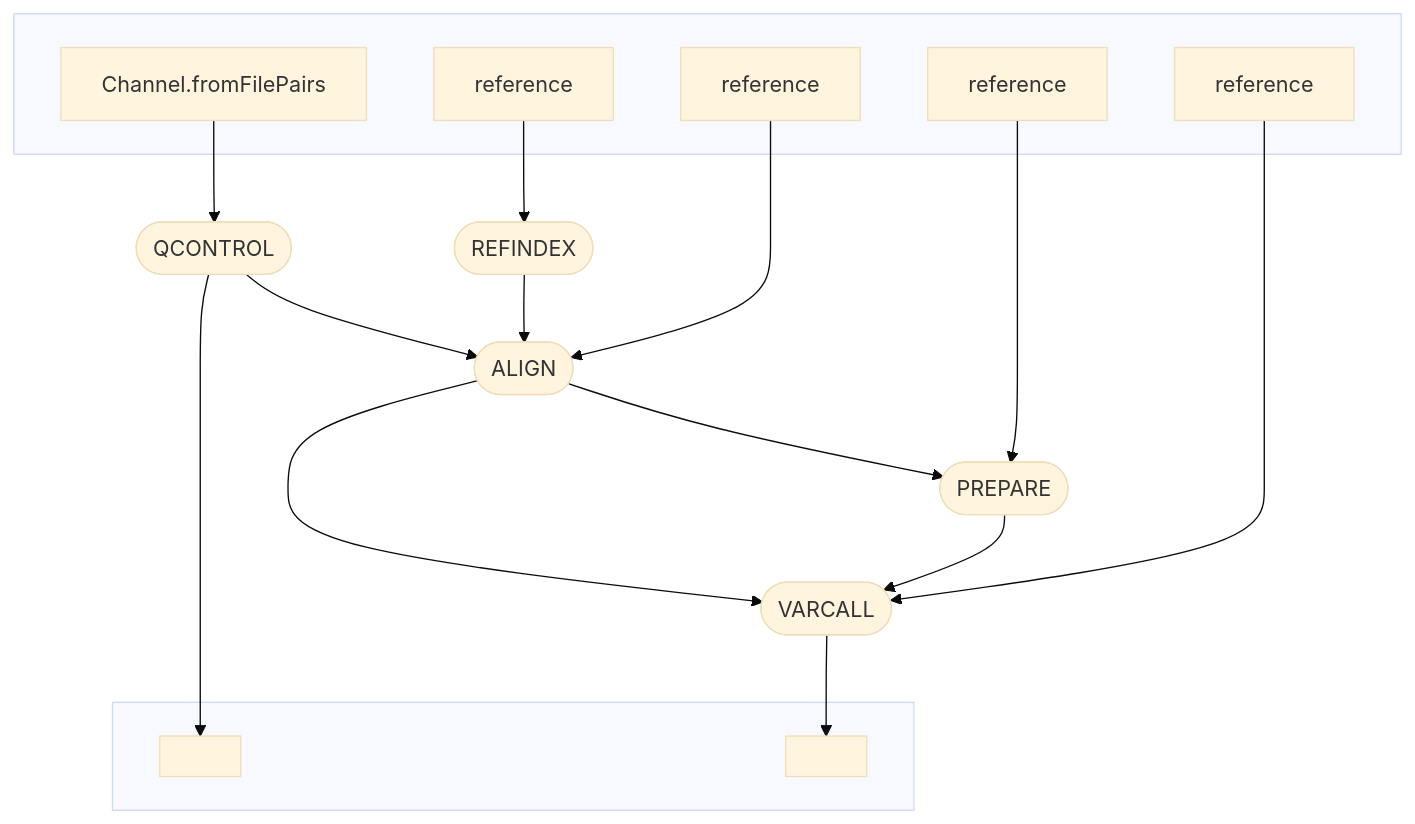
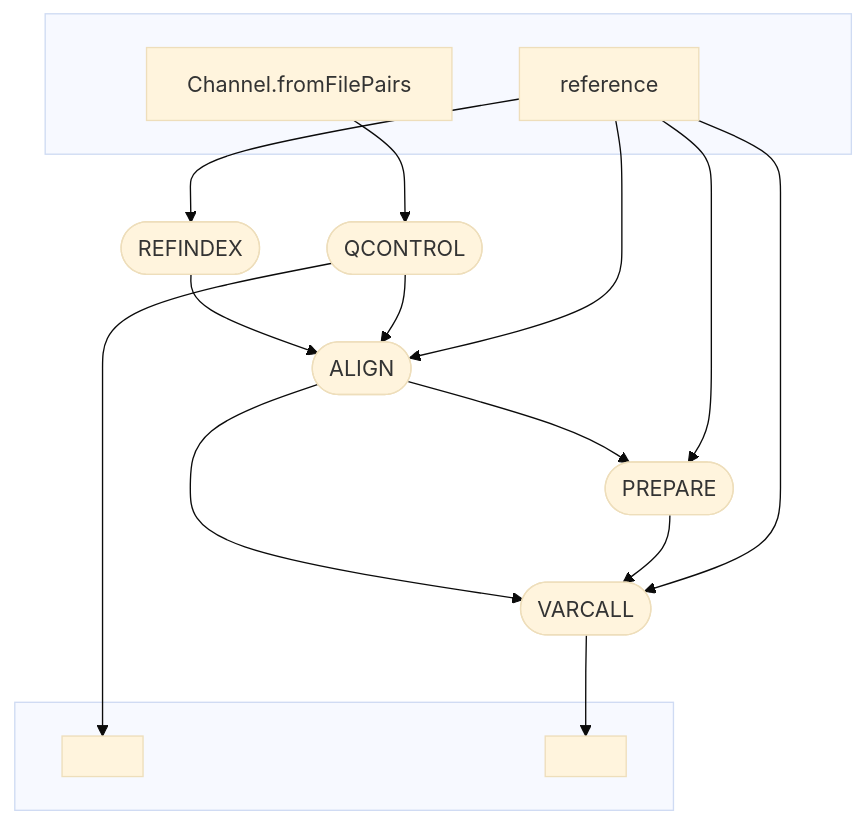
One commit to glebus-sasha/octopus_nf changed the diagram in README.md. Above: the diagram before and after it, drawn with Mermaid (base theme).

````diff
--- a/README.md
+++ b/README.md
@@ -5,31 +5,28 @@
 ```mermaid
 flowchart TB
     subgraph " "
     v0["Channel.fromFilePairs"]
     v1["reference"]
-    v5["reference"]
-    v7["reference"]
-    v9["reference"]
     end
     v2([REFINDEX])
     v3([QCONTROL])
     subgraph " "
     v4[" "]
     v11[" "]
     end
     v6([ALIGN])
     v8([PREPARE])
     v10([VARCALL])
     v0 --> v3
     v1 --> v2
     v2 --> v6
     v3 --> v6
     v3 --> v4
-    v5 --> v6
+    v1 --> v6
     v6 --> v8
     v6 --> v10
-    v7 --> v8
+    v1 --> v8
     v8 --> v10
-    v9 --> v10
+    v1 --> v10
     v10 --> v11
 ```
````
